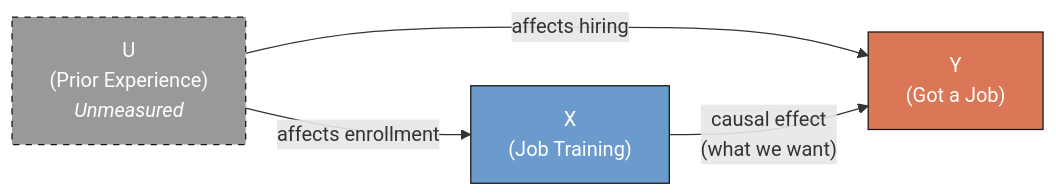
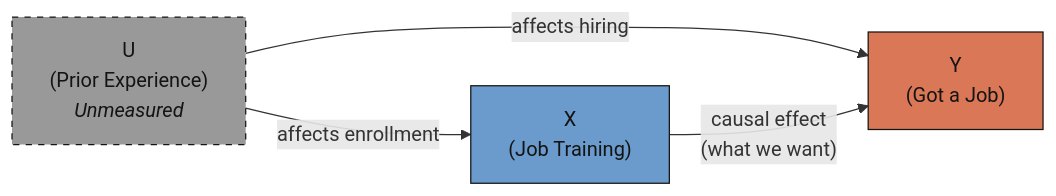
The first of 2 diagrams in content/post/python_partial_identification/index.md (cmg777/starter-academic-v501), drawn with Mermaid before and after one commit. The commit also changed other lines of this file and 67 other files, not shown here.

First line of the commit message:
fix(mermaid): readable diagram text in both themes across the site

````diff
--- a/content/post/python_partial_identification/index.md
+++ b/content/post/python_partial_identification/index.md
@@ -238,10 +238,10 @@
 ```mermaid
 graph LR
     U["U<br/>(Prior Experience)<br/><i>Unmeasured</i>"] -->|"affects enrollment"| X["X<br/>(Job Training)"]
     U -->|"affects hiring"| Y["Y<br/>(Got a Job)"]
     X -->|"causal effect<br/>(what we want)"| Y
 
-    style U fill:#999999,stroke:#141413,color:#fff,stroke-dasharray: 5 5
-    style X fill:#6a9bcc,stroke:#141413,color:#fff
-    style Y fill:#d97757,stroke:#141413,color:#fff
+    style U fill:#999999,stroke:#141413,color:#141413,stroke-dasharray: 5 5
+    style X fill:#6a9bcc,stroke:#141413,color:#141413
+    style Y fill:#d97757,stroke:#141413,color:#141413
 ```
````
